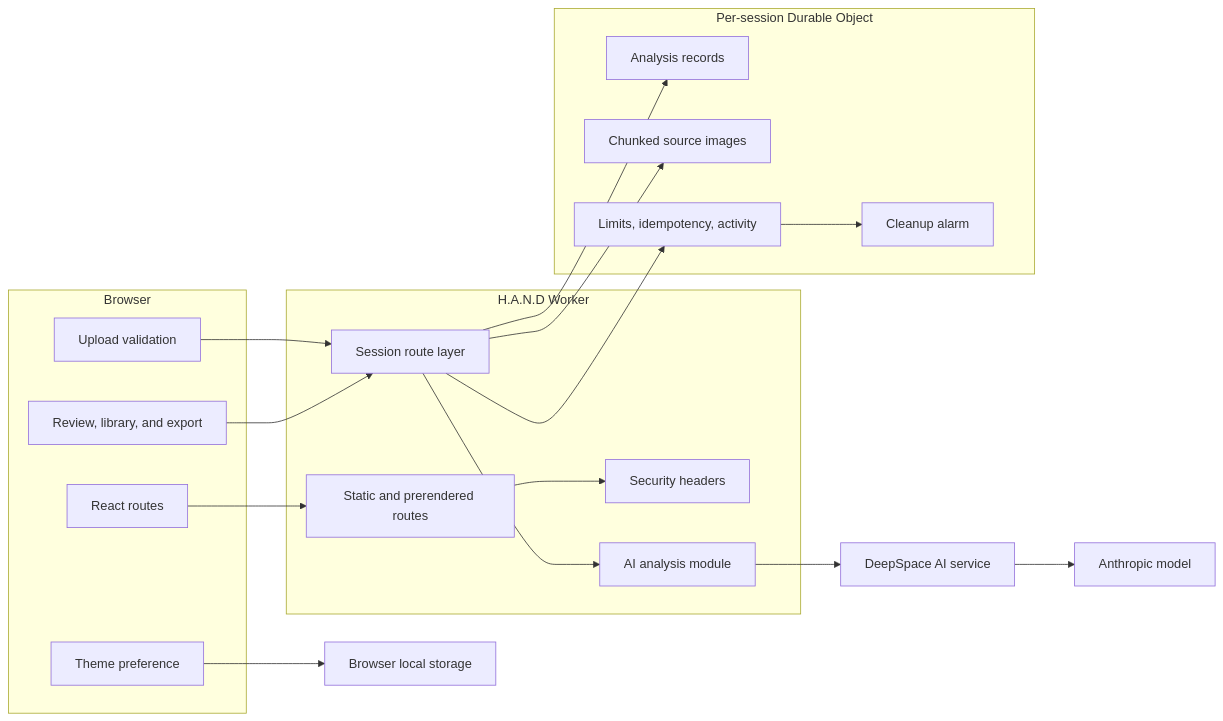
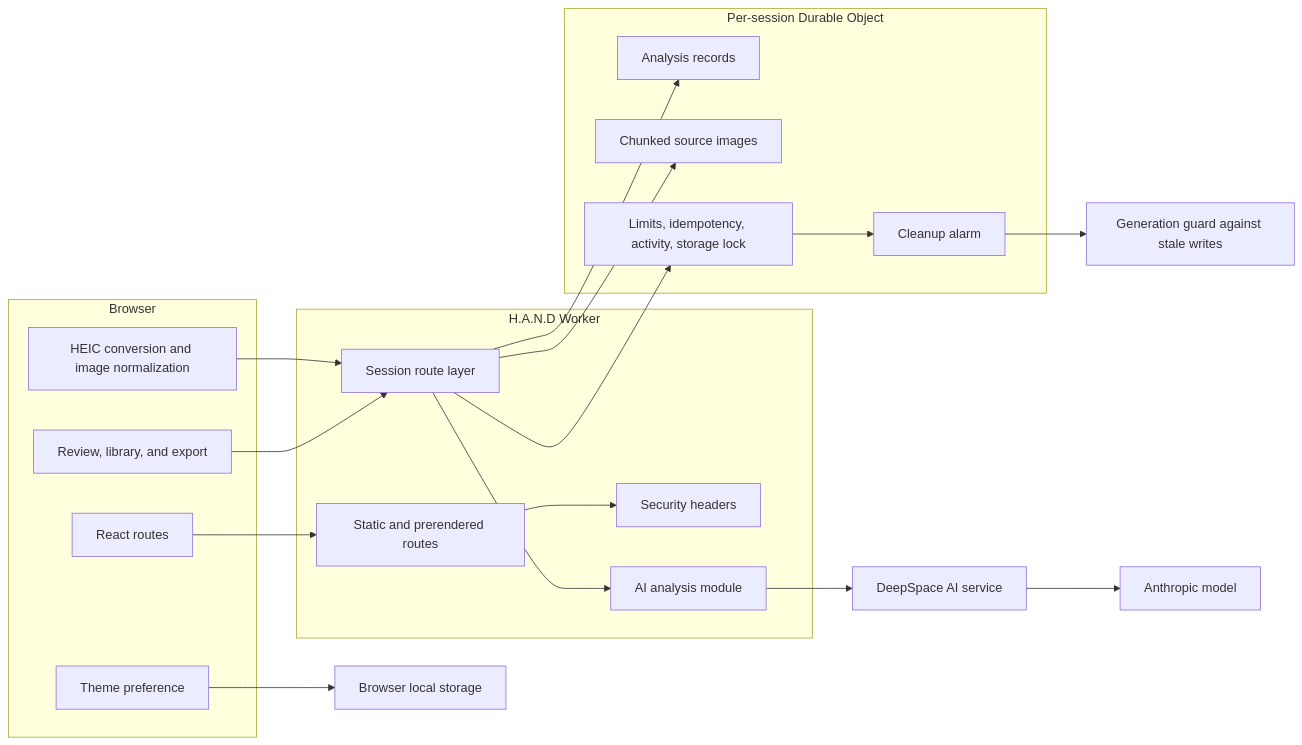
One commit to 592industries/hand changed the diagram in diagrams/architecture-overview.md. Above: the diagram before and after it, drawn with Mermaid. The commit also changed 23 other files, not shown here.

````diff
--- a/diagrams/architecture-overview.md
+++ b/diagrams/architecture-overview.md
@@ -3,39 +3,40 @@
 ```mermaid
 flowchart LR
     subgraph Client["Browser"]
         Routes["React routes"]
-        Upload["Upload validation"]
+        Upload["HEIC conversion and image normalization"]
         Review["Review, library, and export"]
         Theme["Theme preference"]
     end
 
     subgraph Worker["H.A.N.D Worker"]
         Static["Static and prerendered routes"]
         Headers["Security headers"]
         SessionRoutes["Session route layer"]
         Analysis["AI analysis module"]
     end
 
     subgraph Room["Per-session Durable Object"]
         Records["Analysis records"]
         Images["Chunked source images"]
-        Controls["Limits, idempotency, activity"]
+        Controls["Limits, idempotency, activity, storage lock"]
         Alarm["Cleanup alarm"]
     end
 
     Proxy["DeepSpace AI service"]
     Model["Anthropic model"]
 
     Routes --> Static
     Upload --> SessionRoutes
     Review --> SessionRoutes
     Theme --> Local["Browser local storage"]
     Static --> Headers
     SessionRoutes --> Records
     SessionRoutes --> Images
     SessionRoutes --> Controls
     Controls --> Alarm
+    Alarm --> Guard["Generation guard against stale writes"]
     SessionRoutes --> Analysis
     Analysis --> Proxy
     Proxy --> Model
 ```
````
